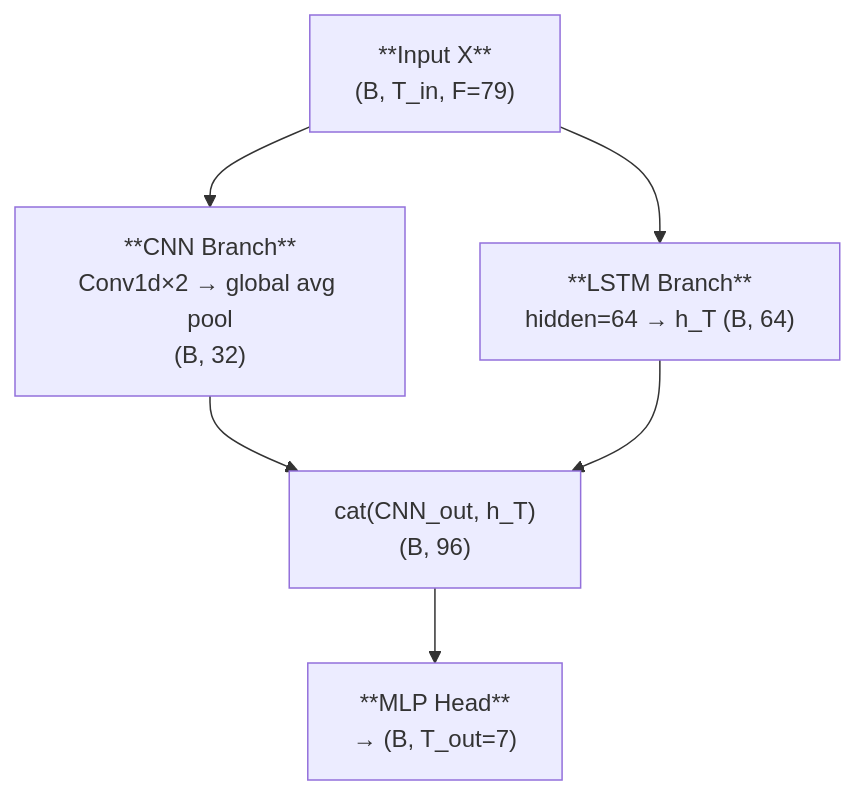
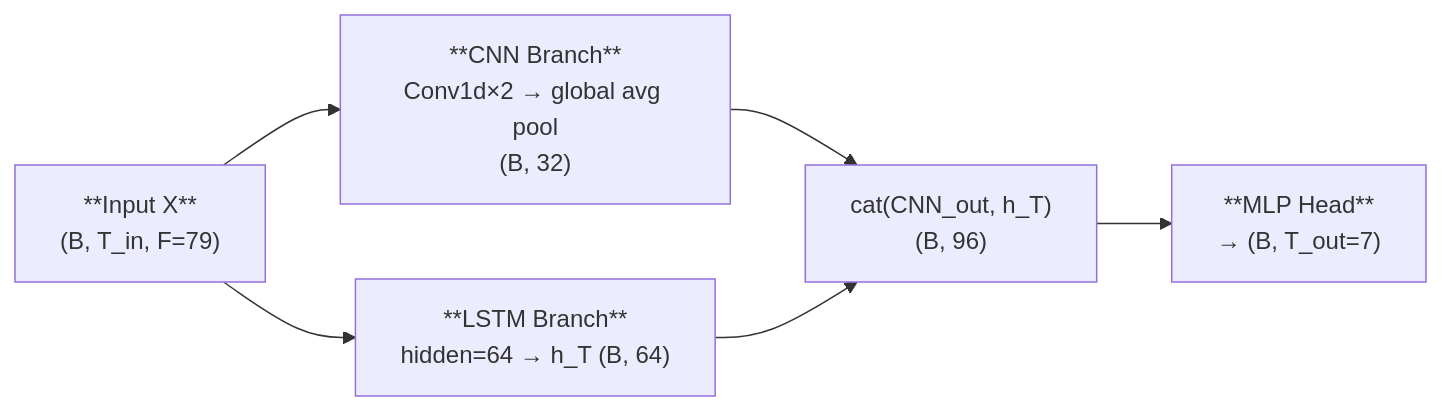
The fifth of 17 diagrams in src/models/MODEL.md (NightfuryEquinn/Ridership), drawn with Mermaid before and after one commit. The commit also changed other lines of this file and 3 other files, not shown here.

````diff
--- a/src/models/MODEL.md
+++ b/src/models/MODEL.md
@@ -240,12 +240,12 @@
 ```mermaid
-flowchart TD
+flowchart LR
     X["**Input X**\n(B, T_in, F=79)"]
     CNN["**CNN Branch**\nConv1d×2 → global avg pool\n(B, 32)"]
     LSTM["**LSTM Branch**\nhidden=64 → h_T (B, 64)"]
     CAT["cat(CNN_out, h_T)\n(B, 96)"]
     MLP["**MLP Head**\n→ (B, T_out=7)"]
 
     X --> CNN
     X --> LSTM
     CNN & LSTM --> CAT --> MLP
 ```
````
